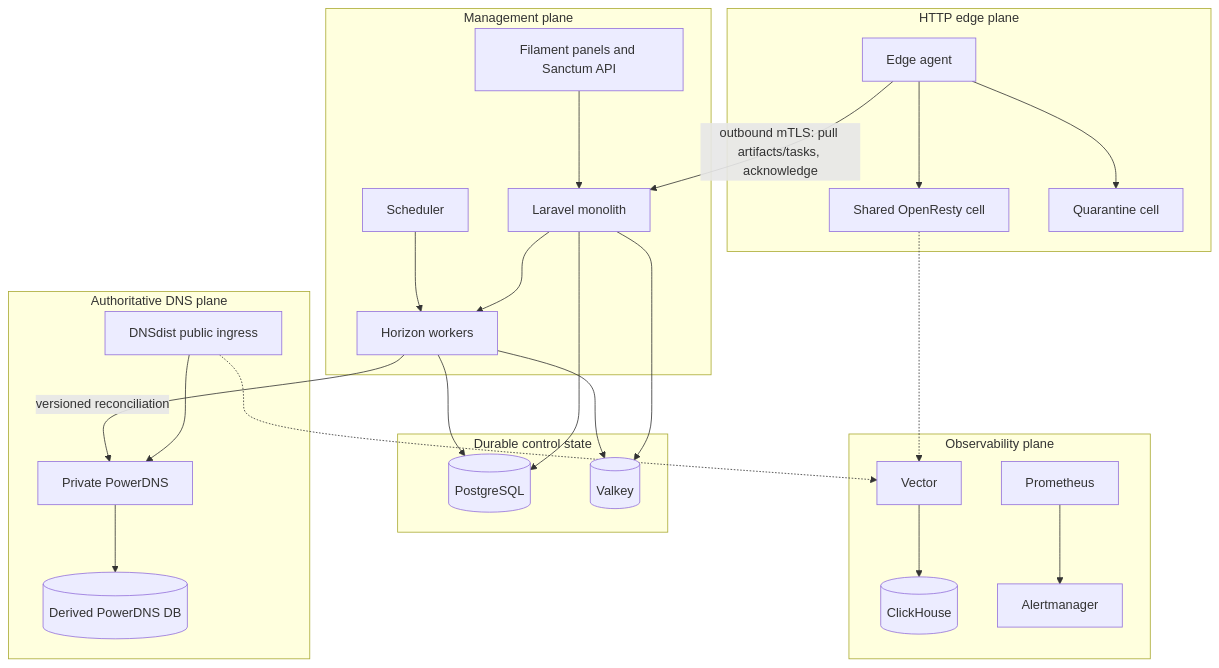
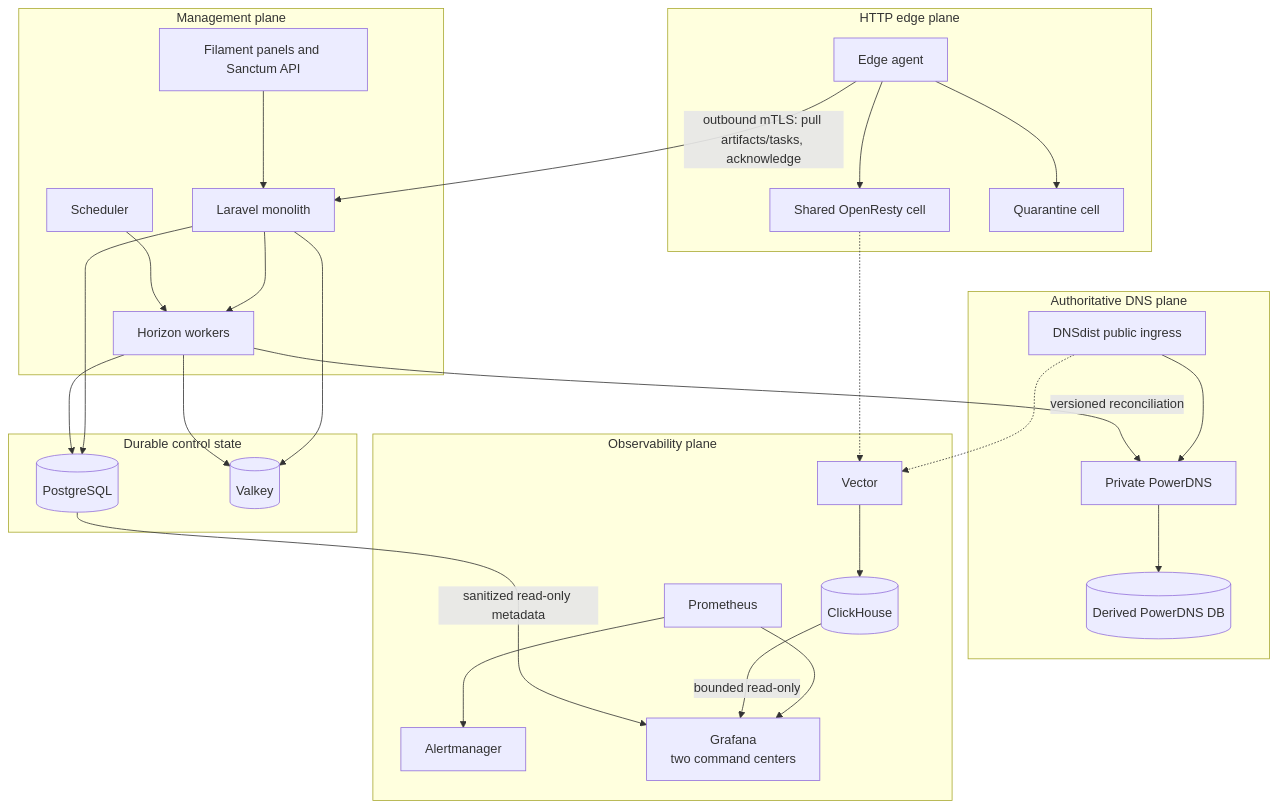
The diagram in docs/architecture/index.md (vaheed/CDNFoundry), drawn with Mermaid before and after one commit. The commit also changed other lines of this file and 43 other files, not shown here.

Commit message:
feat(observability): add Grafana command centers

````diff
--- a/docs/architecture/index.md
+++ b/docs/architecture/index.md
@@ -13,32 +13,35 @@
 ```mermaid
 flowchart TB
     subgraph Management["Management plane"]
       UI["Filament panels and Sanctum API"] --> Laravel["Laravel monolith"]
       Laravel --> Horizon["Horizon workers"]
       Scheduler["Scheduler"] --> Horizon
     end
     subgraph Durable["Durable control state"]
       PG[("PostgreSQL")]
       Valkey[("Valkey")]
     end
     subgraph DNS["Authoritative DNS plane"]
       DNSdist["DNSdist public ingress"] --> PowerDNS["Private PowerDNS"]
       PowerDNS --> PDNSDB[("Derived PowerDNS DB")]
     end
     subgraph Edge["HTTP edge plane"]
       Agent["Edge agent"] --> Shared["Shared OpenResty cell"]
       Agent --> Quarantine["Quarantine cell"]
     end
     subgraph Observe["Observability plane"]
       Vector["Vector"] --> ClickHouse[("ClickHouse")]
       Prometheus["Prometheus"] --> Alertmanager["Alertmanager"]
+      Prometheus --> Grafana["Grafana<br/>two command centers"]
+      ClickHouse -->|"bounded read-only"| Grafana
     end
     Laravel --> PG
     Horizon --> PG
     Laravel --> Valkey
     Horizon --> Valkey
+    PG -->|"sanitized read-only metadata"| Grafana
     Horizon -->|"versioned reconciliation"| PowerDNS
     Agent -->|"outbound mTLS: pull artifacts/tasks, acknowledge"| Laravel
     DNSdist -.-> Vector
     Shared -.-> Vector
 ```
````
